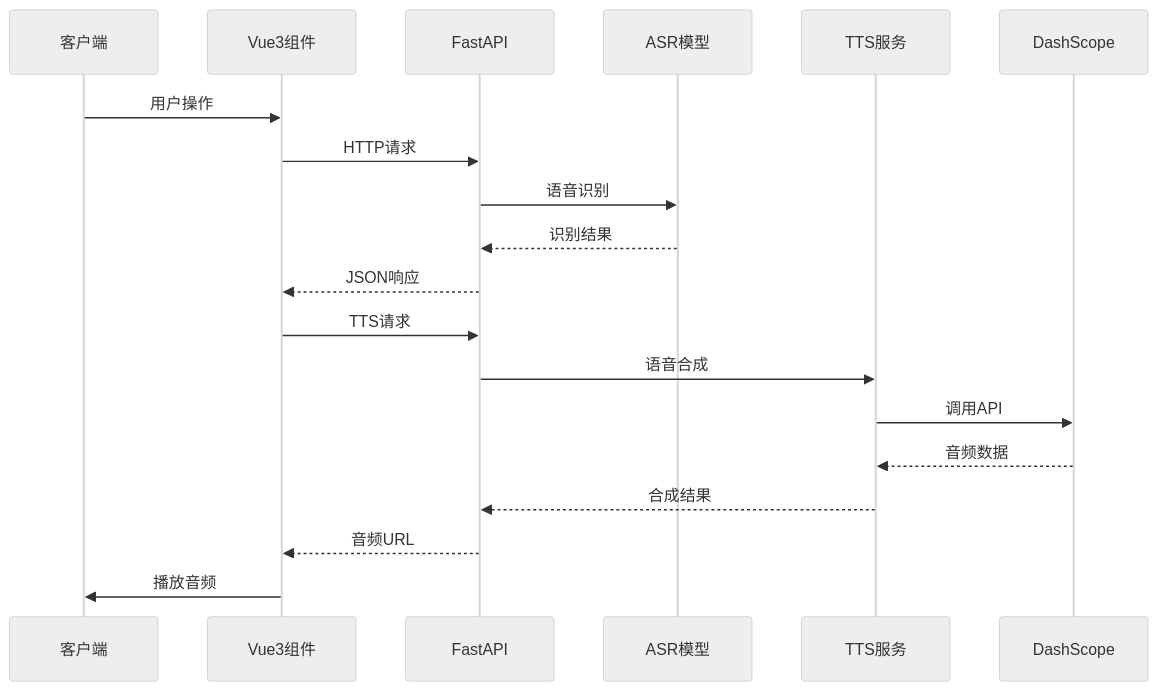
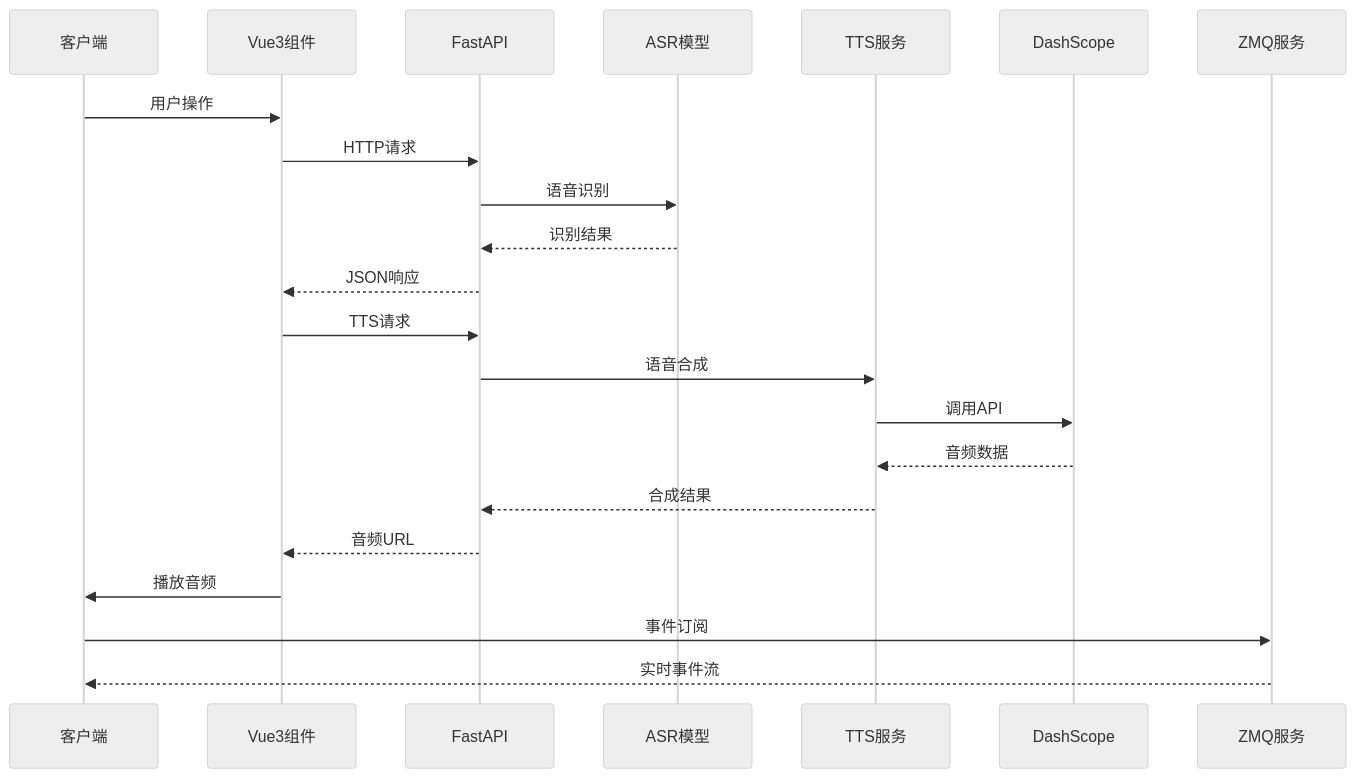
One commit to 1024dashen/Vue3Speech changed the sixth of 8 diagrams in .qoder/repowiki/zh/content/项目概述.md. Above: the diagram before and after it, drawn with Mermaid (neutral theme). The commit also changed other lines of this file and 6 other files, not shown here.

````diff
--- a/.qoder/repowiki/zh/content/项目概述.md
+++ b/.qoder/repowiki/zh/content/项目概述.md
@@ -431,21 +537,24 @@
 ```mermaid
 sequenceDiagram
 participant Client as 客户端
 participant Vue as Vue3组件
 participant API as FastAPI
 participant ASR as ASR模型
 participant TTS as TTS服务
 participant DashScope as DashScope
+participant ZMQ as ZMQ服务
 Client->>Vue : 用户操作
 Vue->>API : HTTP请求
 API->>ASR : 语音识别
 ASR-->>API : 识别结果
 API-->>Vue : JSON响应
 Vue->>API : TTS请求
 API->>TTS : 语音合成
 TTS->>DashScope : 调用API
 DashScope-->>TTS : 音频数据
 TTS-->>API : 合成结果
 API-->>Vue : 音频URL
 Vue->>Client : 播放音频
+Client->>ZMQ : 事件订阅
+ZMQ-->>Client : 实时事件流
 ```
````
